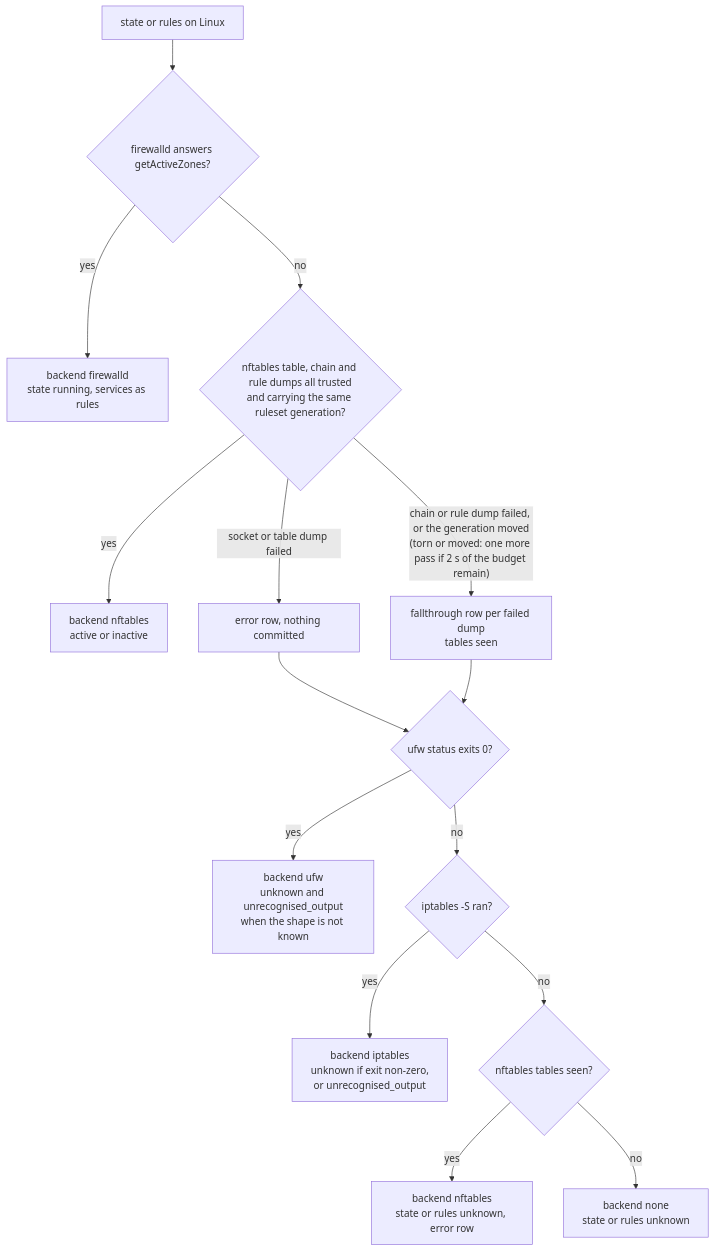
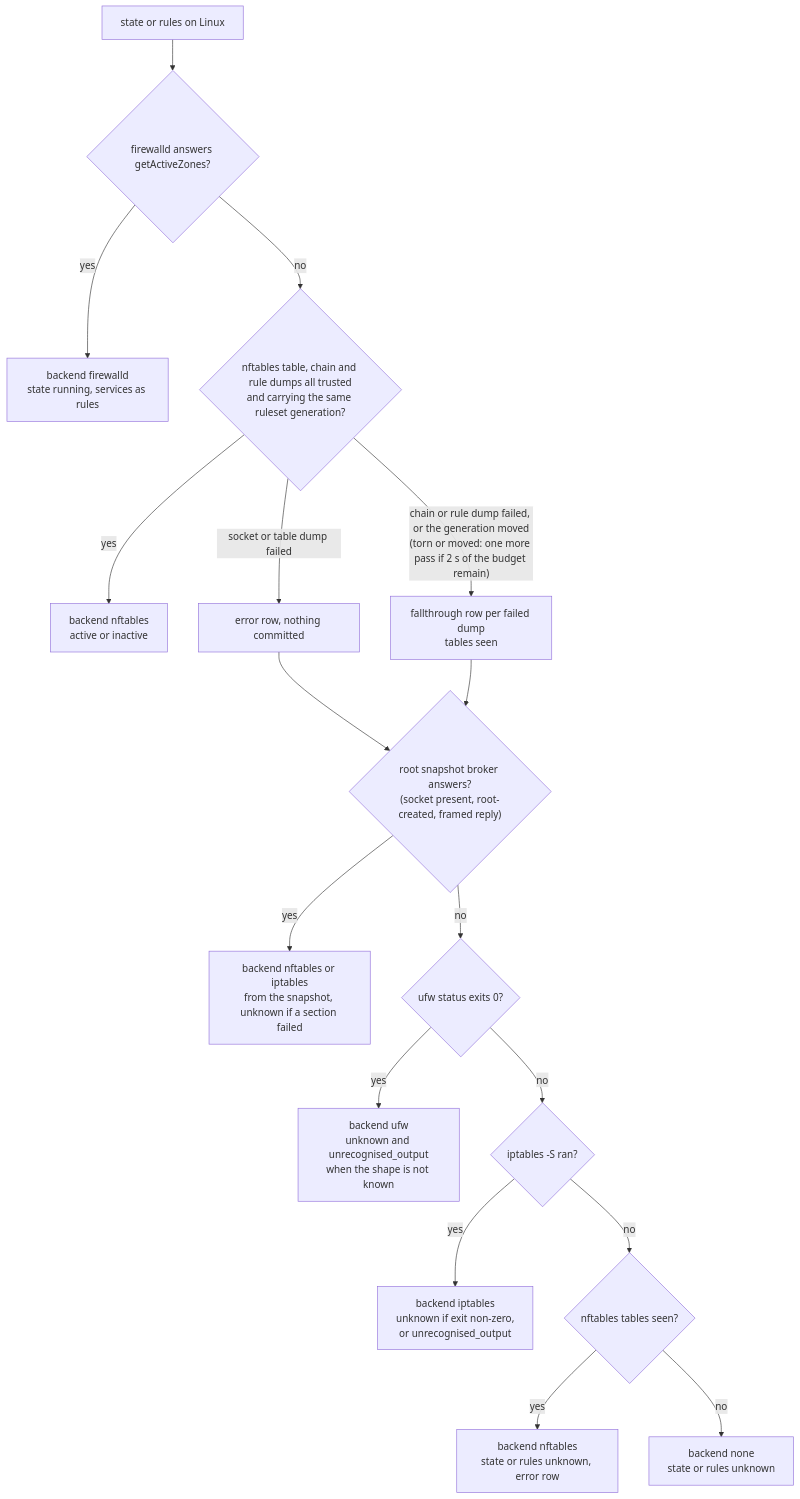
The third of 4 diagrams in agents/plugins/firewall/README.md (DevNullLtd/Yuzu), drawn with Mermaid before and after one commit. The commit also changed other lines of this file and 29 other files, not shown here.

````diff
--- a/agents/plugins/firewall/README.md
+++ b/agents/plugins/firewall/README.md
@@ -91,17 +93,19 @@
 ```mermaid
 flowchart TD
   S["state or rules on Linux"] --> F{"firewalld answers getActiveZones?"}
   F -- "yes" --> FD["backend firewalld<br/>state running, services as rules"]
   F -- "no" --> N{"nftables table, chain and rule dumps all trusted<br/>and carrying the same ruleset generation?"}
   N -- "yes" --> ND["backend nftables<br/>active or inactive"]
   N -- "socket or table dump failed" --> E1["error row, nothing committed"]
   N -- "chain or rule dump failed, or the generation moved<br/>(torn or moved: one more pass if 2 s of the budget remain)" --> FT["fallthrough row per failed dump<br/>tables seen"]
-  E1 --> U
-  FT --> U{"ufw status exits 0?"}
+  E1 --> B{"root snapshot broker answers?<br/>(socket present, root-created, framed reply)"}
+  FT --> B
+  B -- "yes" --> BD["backend nftables or iptables<br/>from the snapshot, unknown if a section failed"]
+  B -- "no" --> U{"ufw status exits 0?"}
   U -- "yes" --> UD["backend ufw<br/>unknown and unrecognised_output<br/>when the shape is not known"]
   U -- "no" --> I{"iptables -S ran?"}
   I -- "yes" --> ID["backend iptables<br/>unknown if exit non-zero,<br/>or unrecognised_output"]
   I -- "no" --> X{"nftables tables seen?"}
   X -- "yes" --> NU["backend nftables<br/>state or rules unknown, error row"]
   X -- "no" --> NONE["backend none<br/>state or rules unknown"]
 ```
````
